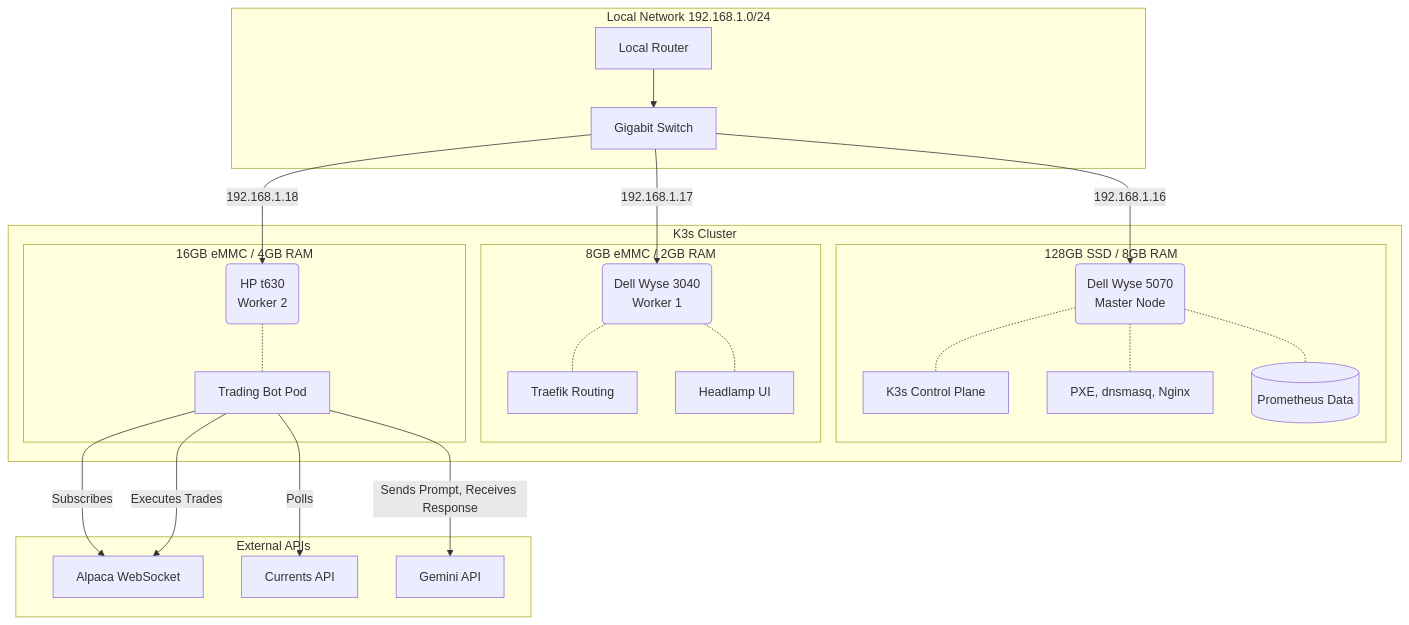
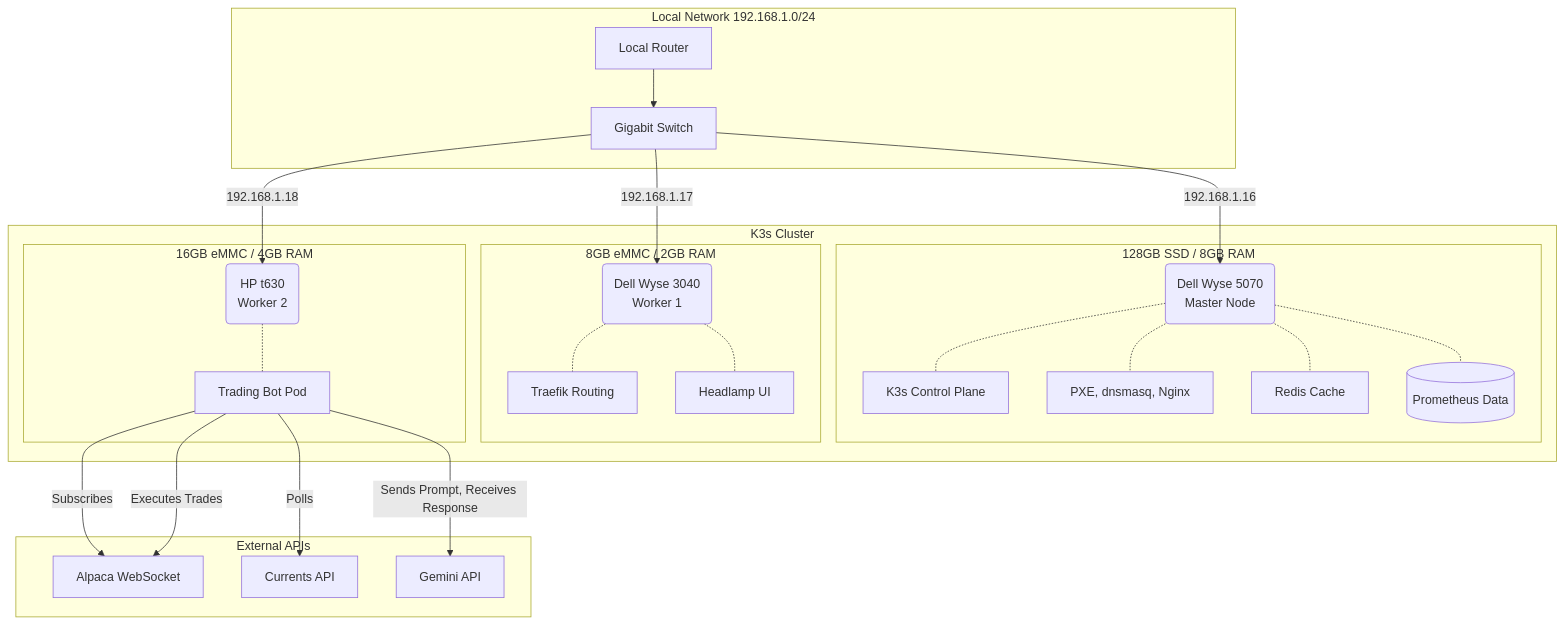
One commit to AlexH192/k3s-cluster changed the diagram in docs/architecture.md. Above: the diagram before and after it, drawn with Mermaid. The commit also changed other lines of this file, not shown here.

````diff
--- a/docs/architecture.md
+++ b/docs/architecture.md
@@ -12,43 +12,44 @@
 ```mermaid
 graph TD
     %% External APIs
     subgraph External APIs
         A[Alpaca WebSocket]
         B[Currents API]
         C[Gemini API]
     end
 
     %% Network Layer
     subgraph Local Network 192.168.1.0/24
         R[Local Router] --> S[Gigabit Switch]
     end
 
     %% K3s Cluster
     subgraph K3s Cluster
         S -->|192.168.1.16| M(Dell Wyse 5070<br/>Master Node)
         S -->|192.168.1.17| W1(Dell Wyse 3040<br/>Worker 1)
         S -->|192.168.1.18| W2(HP t630<br/>Worker 2)
 
         %% Node Specs & Workloads
         subgraph 128GB SSD / 8GB RAM
             M -.- M1[K3s Control Plane]
             M -.- M2[PXE, dnsmasq, Nginx]
+            M -.- M5[Redis Cache]
             M -.- M4[(Prometheus Data)]
         end
 
         subgraph 8GB eMMC / 2GB RAM
             W1 -.- W1_1[Traefik Routing]
             W1 -.- W1_2[Headlamp UI]
         end
 
         subgraph 16GB eMMC / 4GB RAM
             W2 -.- W2_1[Trading Bot Pod]
         end
     end
 
     %% Data Flow
     W2_1 -->|Subscribes| A
     W2_1 -->|Polls| B
     W2_1 -->|Executes Trades| A
     W2_1 -->|Sends Prompt, Receives Response| C
 ```
````
